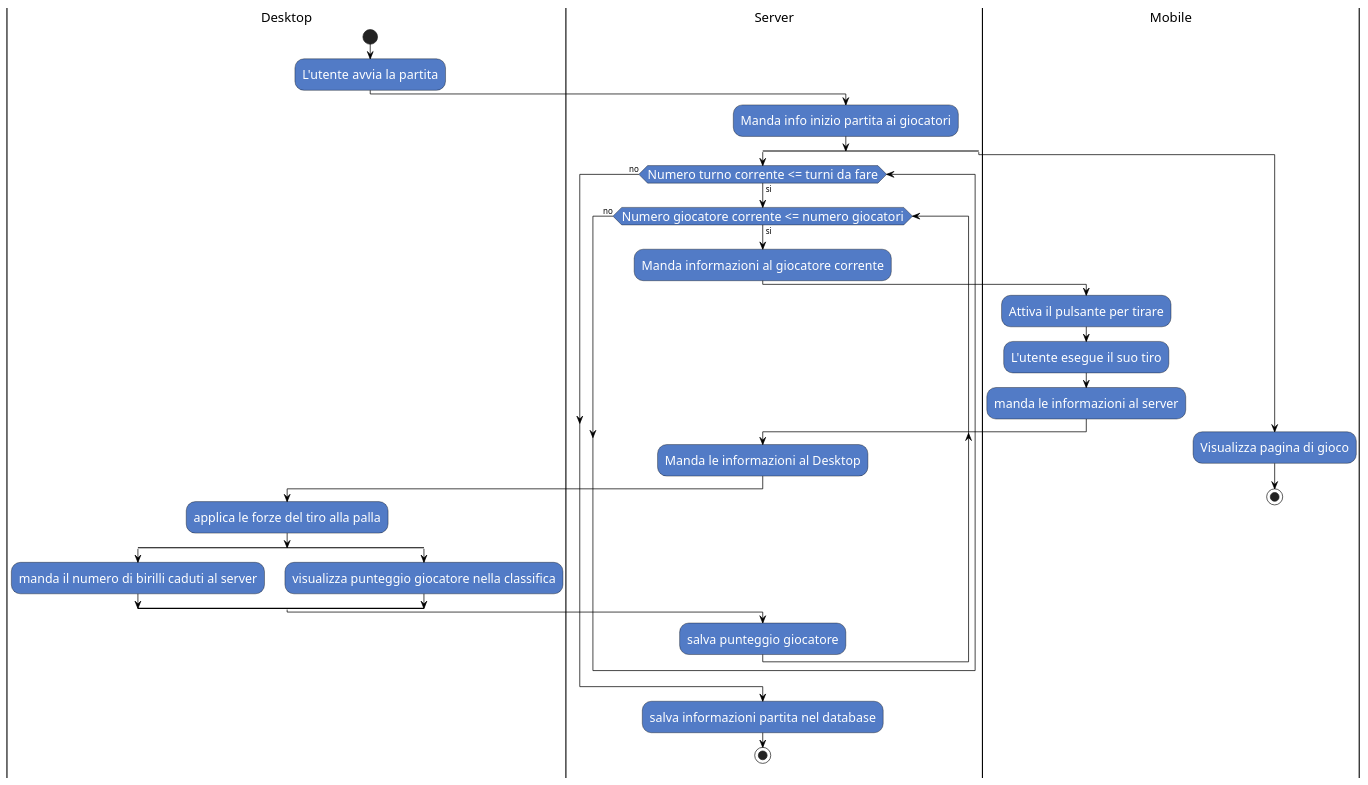
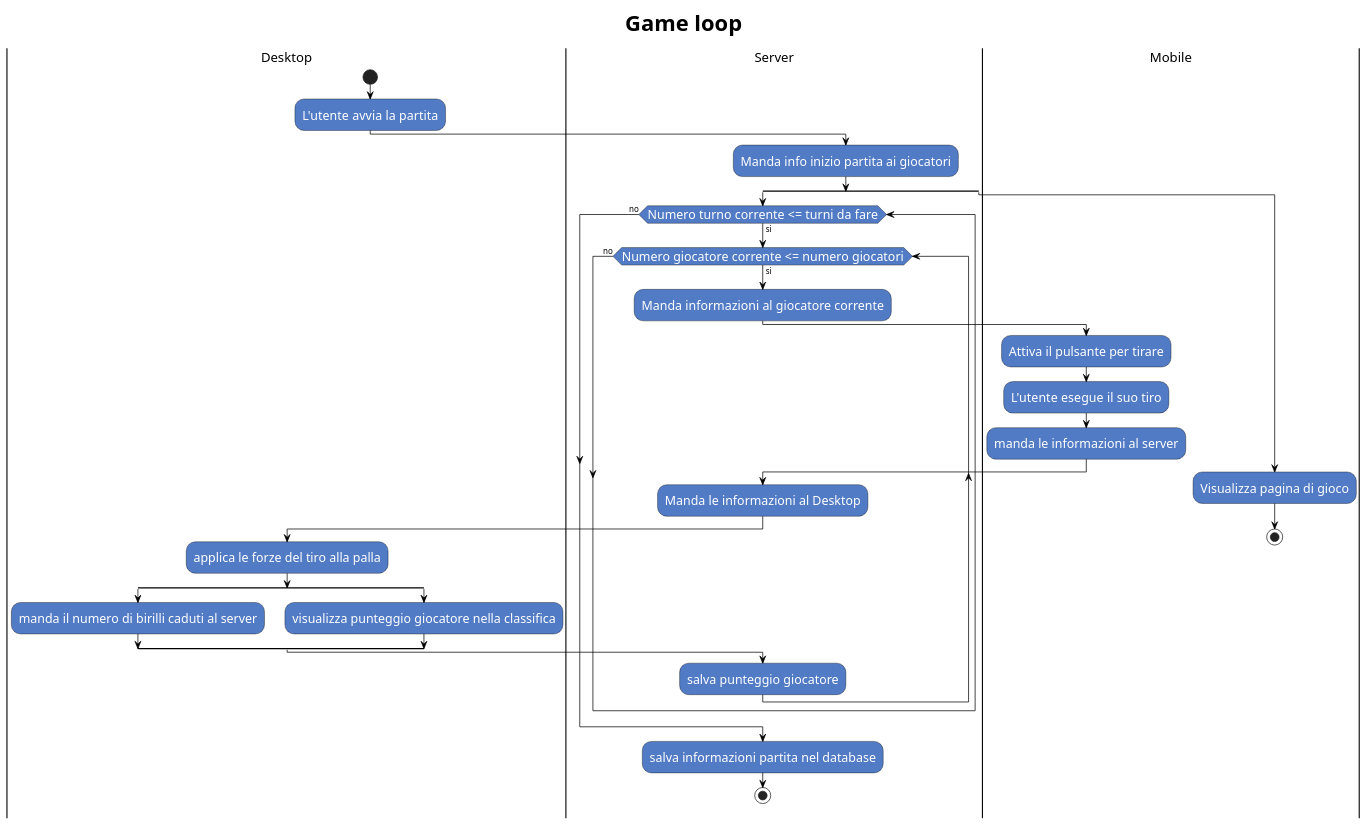
The diagram in 7_Allegati/DiagrammiDIFlusso/Game_Loop.puml (SpadeaLorenzo/Bowling2gether), drawn with PlantUML before and after one commit. The commit also changed 5 other files, not shown here.

Commit message:
Update flow diagrams

```diff
--- a/7_Allegati/DiagrammiDIFlusso/Game_Loop.puml
+++ b/7_Allegati/DiagrammiDIFlusso/Game_Loop.puml
@@ -1,45 +1,52 @@
 @startuml name
 skinparam activity {
     FontColor          white
     AttributeFontColor white
     FontSize           17
     AttributeFontSize  15
     AttributeFontname  Droid Sans Mono
     BackgroundColor    #527BC6
     BorderColor        black
     ArrowColor         black
 }
+skinparam title {
+    FontColor          black 
+    FontSize           30
+    AttributeFontSize  15
+    AttributeFontname  Droid Sans Mono
+}
+title Game loop
 |Desktop|
 start
 :L'utente avvia la partita;
 |Server|
 :Manda info inizio partita ai giocatori;
 split
     while (Numero turno corrente <= turni da fare) is (si)
     while (Numero giocatore corrente <= numero giocatori) is (si)
     :Manda informazioni al giocatore corrente;
     |Mobile|
     :Attiva il pulsante per tirare;
     :L'utente esegue il suo tiro;
     :manda le informazioni al server;
     |Server|
     :Manda le informazioni al Desktop;
     |Desktop|
     :applica le forze del tiro alla palla;
     split
     :manda il numero di birilli caduti al server;
     split again
     :visualizza punteggio giocatore nella classifica;
     end split
     |Server|
     :salva punteggio giocatore;
     end while (no)
     end while (no)
     :salva informazioni partita nel database;
     stop
 split again
     |Mobile|
     :Visualizza pagina di gioco;
     stop;
     |Server|
 @enduml
```
